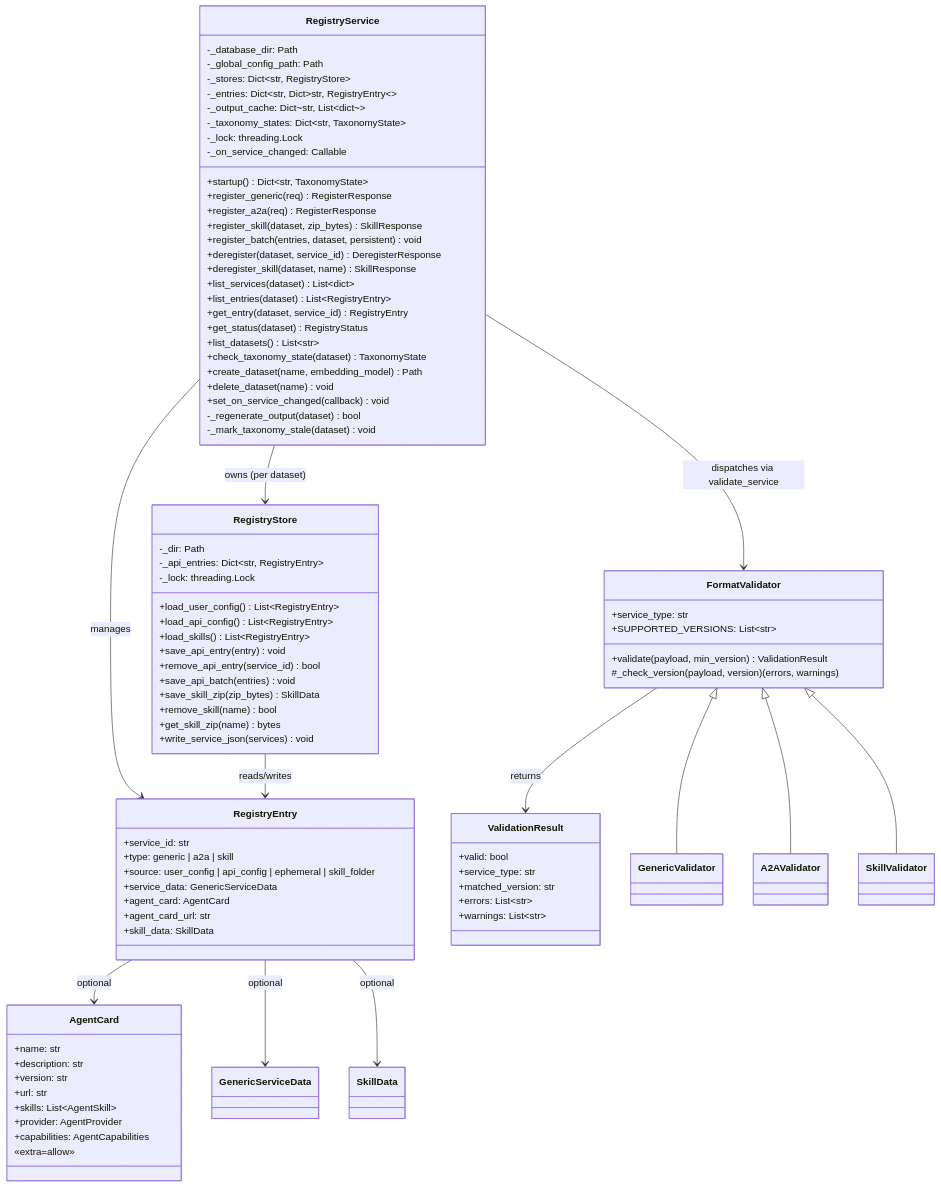
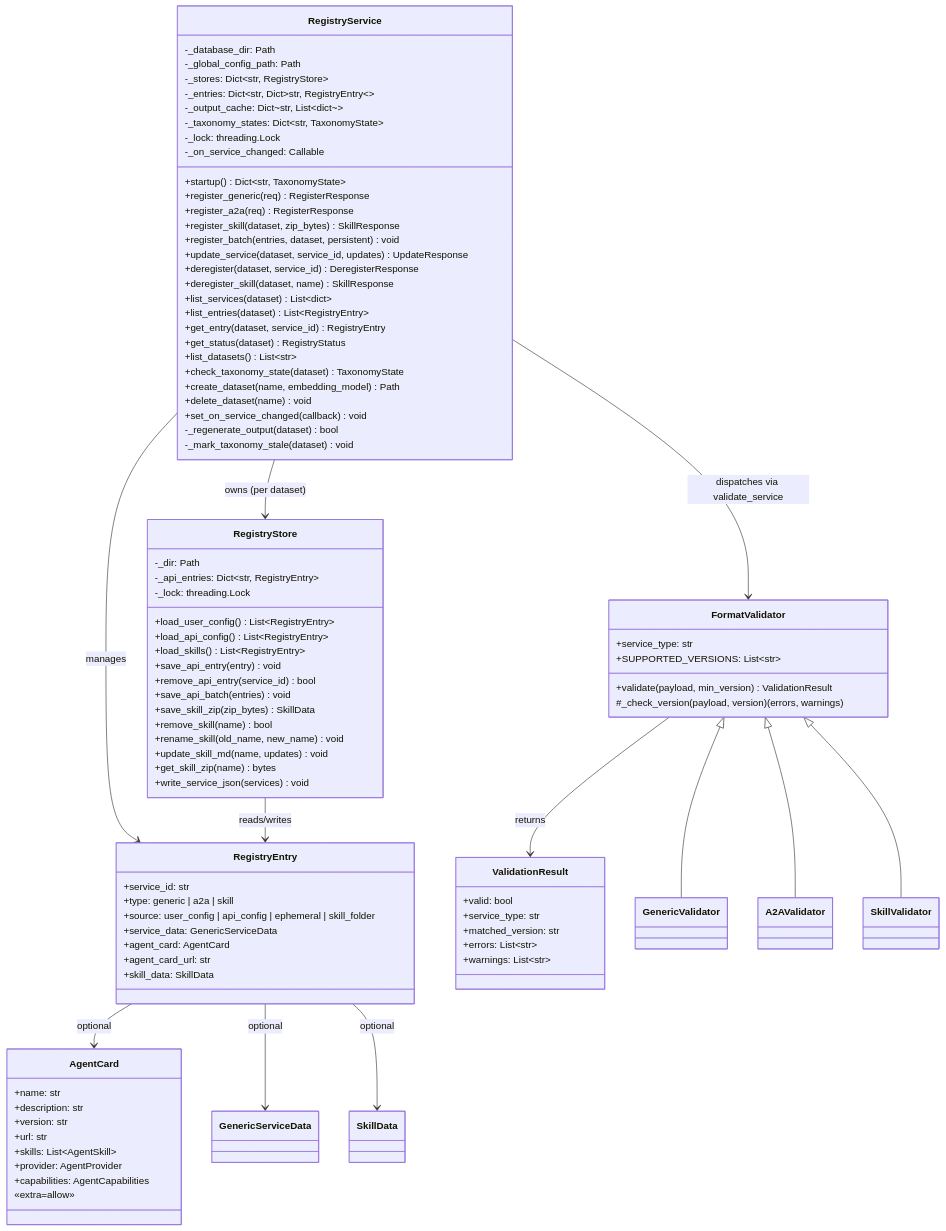
One commit to Weizheng96/A2X-registry changed the third of 3 diagrams in docs/register_design.md. Above: the diagram before and after it, drawn with Mermaid. The commit also changed other lines of this file and 7 other files, not shown here.

```diff
--- a/docs/register_design.md
+++ b/docs/register_design.md
@@ -357,6 +388,7 @@
         +register_a2a(req) RegisterResponse
         +register_skill(dataset, zip_bytes) SkillResponse
         +register_batch(entries, dataset, persistent) void
+        +update_service(dataset, service_id, updates) UpdateResponse
         +deregister(dataset, service_id) DeregisterResponse
         +deregister_skill(dataset, name) SkillResponse
         +list_services(dataset) List~dict~
@@ -384,6 +416,8 @@
         +save_api_batch(entries) void
         +save_skill_zip(zip_bytes) SkillData
         +remove_skill(name) bool
+        +rename_skill(old_name, new_name) void
+        +update_skill_md(name, updates) void
         +get_skill_zip(name) bytes
         +write_service_json(services) void
     }
```
